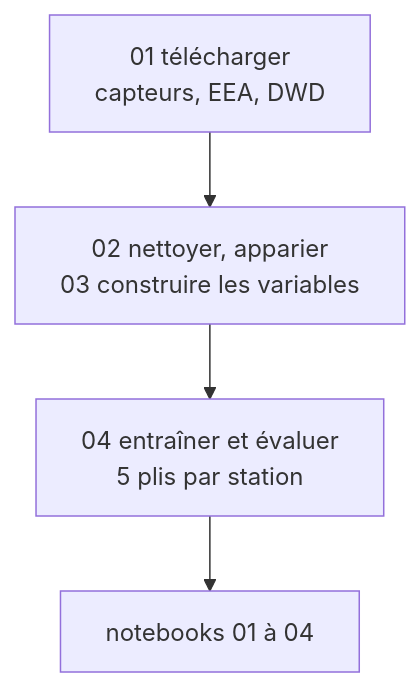
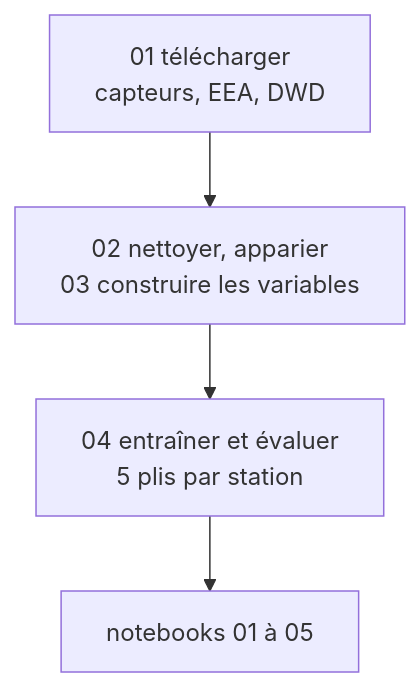
Before and after one commit to lwdata75/air-calib: the diagram in README.md, drawn with Mermaid. The commit also changed other lines of this file and 5 other files, not shown here.

````diff
--- a/README.md
+++ b/README.md
@@ -38,6 +41,6 @@
 ```mermaid
 flowchart TD
     A["01 télécharger<br/>capteurs, EEA, DWD"] --> B["02 nettoyer, apparier<br/>03 construire les variables"]
     B --> C["04 entraîner et évaluer<br/>5 plis par station"]
-    C --> D["notebooks 01 à 04"]
+    C --> D["notebooks 01 à 05"]
 ```
````
